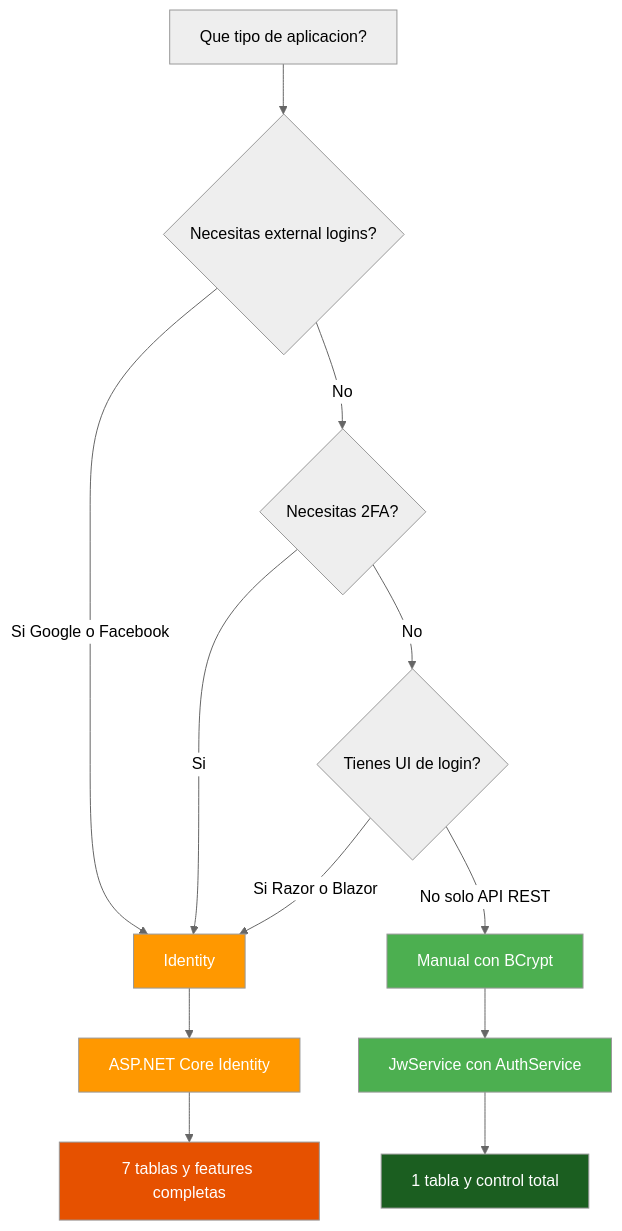
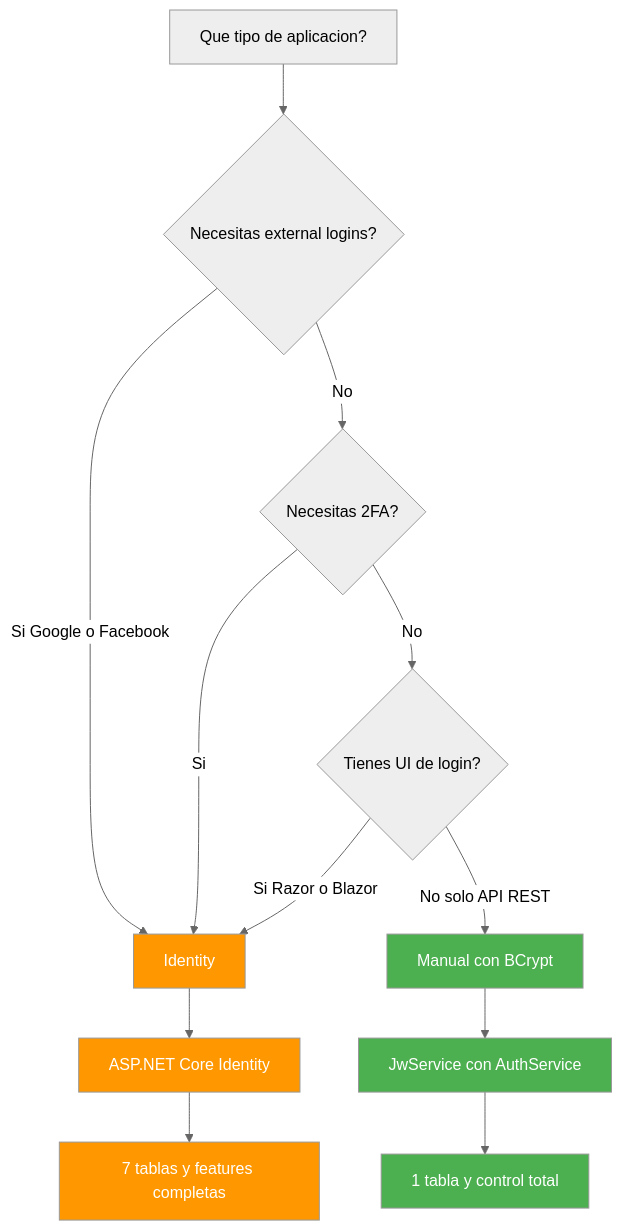
One commit to joseluisgs/DesarrolloWebEntornosServidor-02-2026-2027 changed diagram 15 of 15 in 16-autenticacion.md. Above: the diagram before and after it, drawn with Mermaid (neutral theme). The commit also changed other lines of this file and 3 other files, not shown here.

Commit message:
[fix] Actualizar estilos y contenido en los documentos de autenticación, autorización, WebSockets y GraphQL

````diff
--- a/16-autenticacion.md
+++ b/16-autenticacion.md
@@ -1467,21 +1469,21 @@
 ```mermaid
 flowchart TD
     A[Que tipo de aplicacion?] --> B{Necesitas external logins?}
     B -->|Si Google o Facebook| C[Identity]
     B -->|No| D{Necesitas 2FA?}
     D -->|Si| C
     D -->|No| E{Tienes UI de login?}
     E -->|Si Razor o Blazor| C
     E -->|No solo API REST| F[Manual con BCrypt]
     C --> G[ASP.NET Core Identity]
     F --> H[JwService con AuthService]
     G --> I[7 tablas y features completas]
     H --> J[1 tabla y control total]
 
     style C fill:#FF9800,color:#fff
     style F fill:#4CAF50,color:#fff
     style G fill:#FF9800,color:#fff
     style H fill:#4CAF50,color:#fff
-    style I fill:#E65100,color:#fff
-    style J fill:#1B5E20,color:#fff
+    style I fill:#FF9800,color:#fff
+    style J fill:#4CAF50,color:#fff
 ```
````
